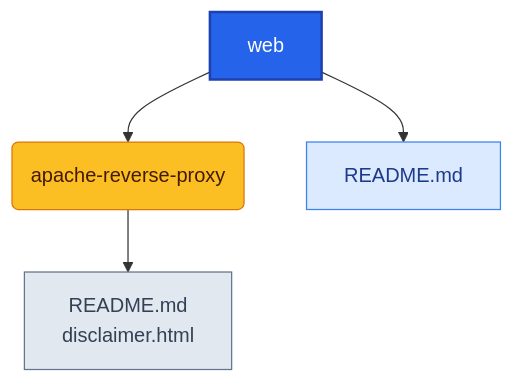
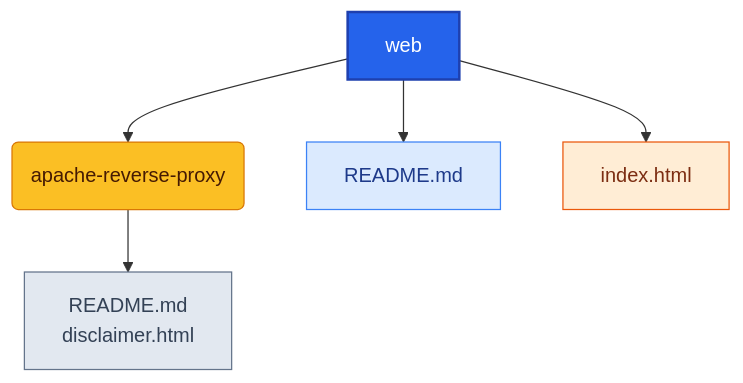
Before and after one commit to Richie086/scripts-public: the diagram in web/README.md, drawn with Mermaid. The commit also changed 8 other files, not shown here.

````diff
--- a/web/README.md
+++ b/web/README.md
@@ -11,10 +11,12 @@
 ```mermaid
 graph TD
 	root["web"]:::root --> n1("apache-reverse-proxy"):::folder
 	root["web"]:::root --> n2["README.md"]:::file-md
+	root["web"]:::root --> n3["index.html"]:::file-html
 	n1 --> n1_2["README.md<br>disclaimer.html"]:::file-bundle
 classDef root fill:#2563eb,stroke:#1e40af,stroke-width:2px,color:#ffffff;
 classDef folder fill:#fbbf24,stroke:#d97706,stroke-width:1px,color:#451a03;
 classDef file-bundle fill:#e2e8f0,stroke:#64748b,stroke-width:1px,color:#334155;
+classDef file-html fill:#ffedd5,stroke:#ea580c,stroke-width:1px,color:#7c2d12;
 classDef file-md fill:#dbeafe,stroke:#3b82f6,stroke-width:1px,color:#1e3a8a;
 ```
````
